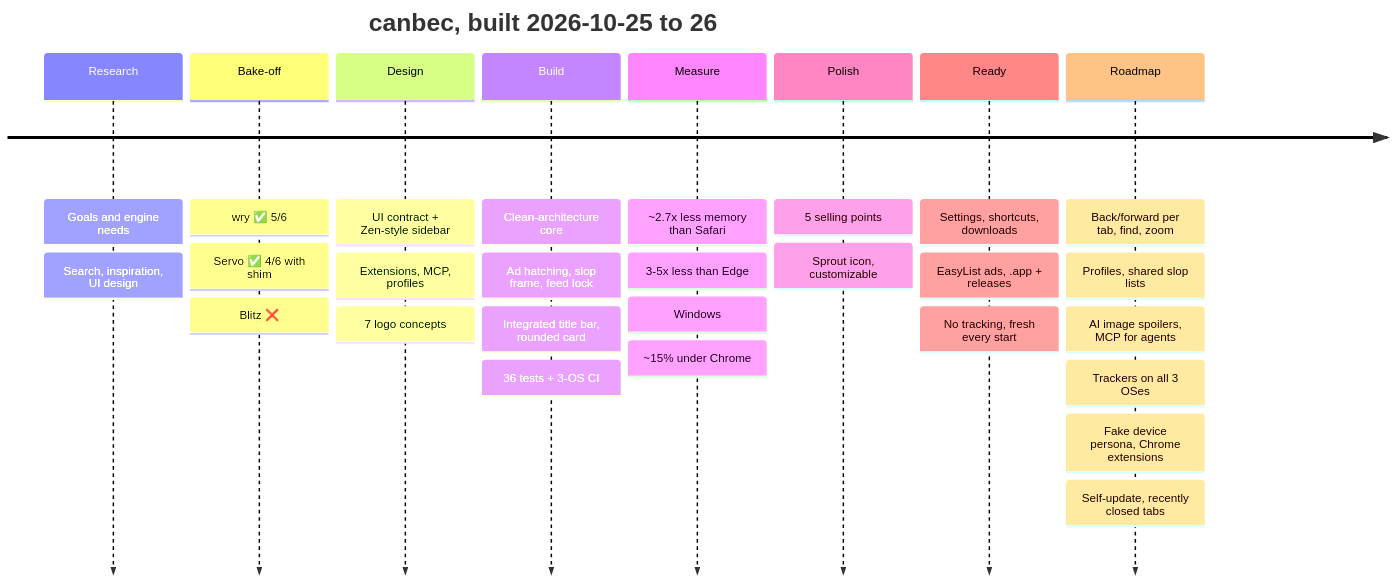
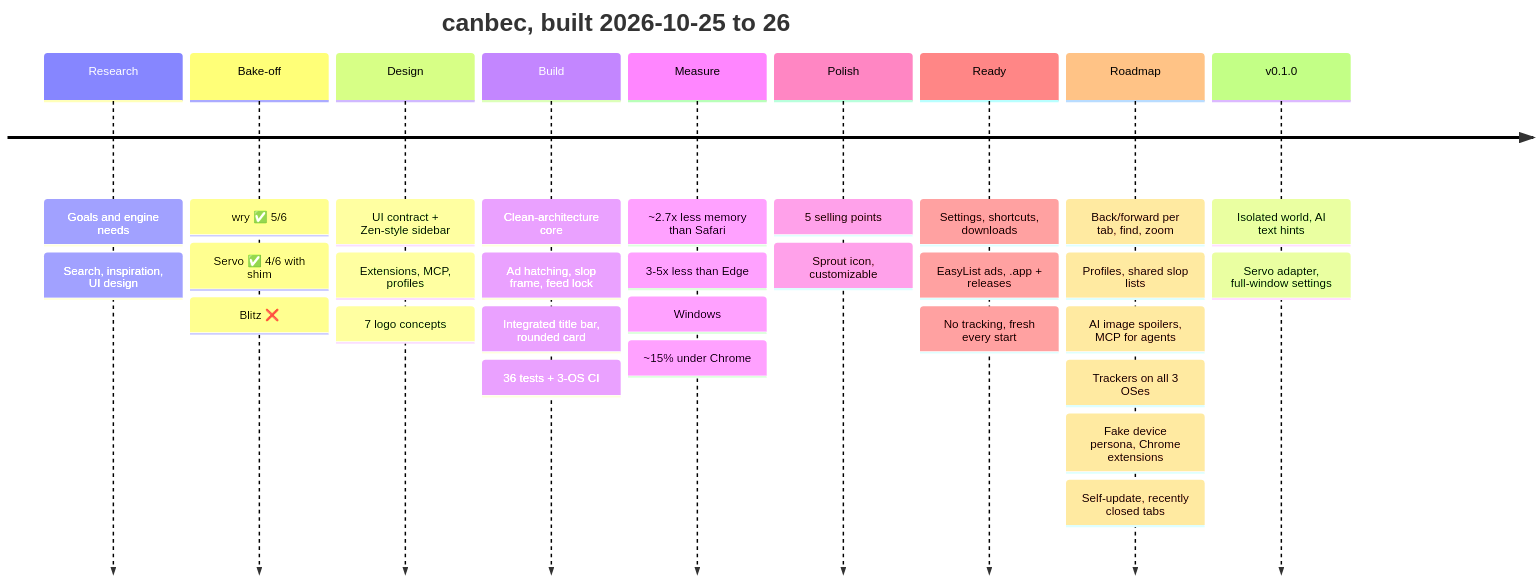
The diagram in README.md (Cod3rs-org/canbec), drawn with Mermaid before and after one commit. The commit also changed other lines of this file and 7 other files, not shown here.

Commit message:
feat: full-window settings — category menu, search, Search / Downloads / Keyboard shortcuts / About sections; compared with Chrome, Firefox, Safari (docs/research/11); README progress refreshed

````diff
--- a/README.md
+++ b/README.md
@@ -73,30 +73,32 @@
 ```mermaid
 timeline
     title canbec, built 2026-10-25 to 26
     Research : Goals and engine needs
              : Search, inspiration, UI design
     Bake-off : wry ✅ 5/6
              : Servo ✅ 4/6 with shim
              : Blitz ❌
     Design   : UI contract + Zen-style sidebar
              : Extensions, MCP, profiles
              : 7 logo concepts
     Build    : Clean-architecture core
              : Ad hatching, slop frame, feed lock
              : Integrated title bar, rounded card
              : 36 tests + 3-OS CI
     Measure  : ~2.7x less memory than Safari
              : 3-5x less than Edge
              : Windows: ~15% under Chrome
     Polish   : 5 selling points
              : Sprout icon, customizable
     Ready    : Settings, shortcuts, downloads
              : EasyList ads, .app + releases
              : No tracking, fresh every start
     Roadmap  : Back/forward per tab, find, zoom
              : Profiles, shared slop lists
              : AI image spoilers, MCP for agents
              : Trackers on all 3 OSes
              : Fake device persona, Chrome extensions
              : Self-update, recently closed tabs
+    v0.1.0   : Isolated world, AI text hints
+             : Servo adapter, full-window settings
 ```
````
